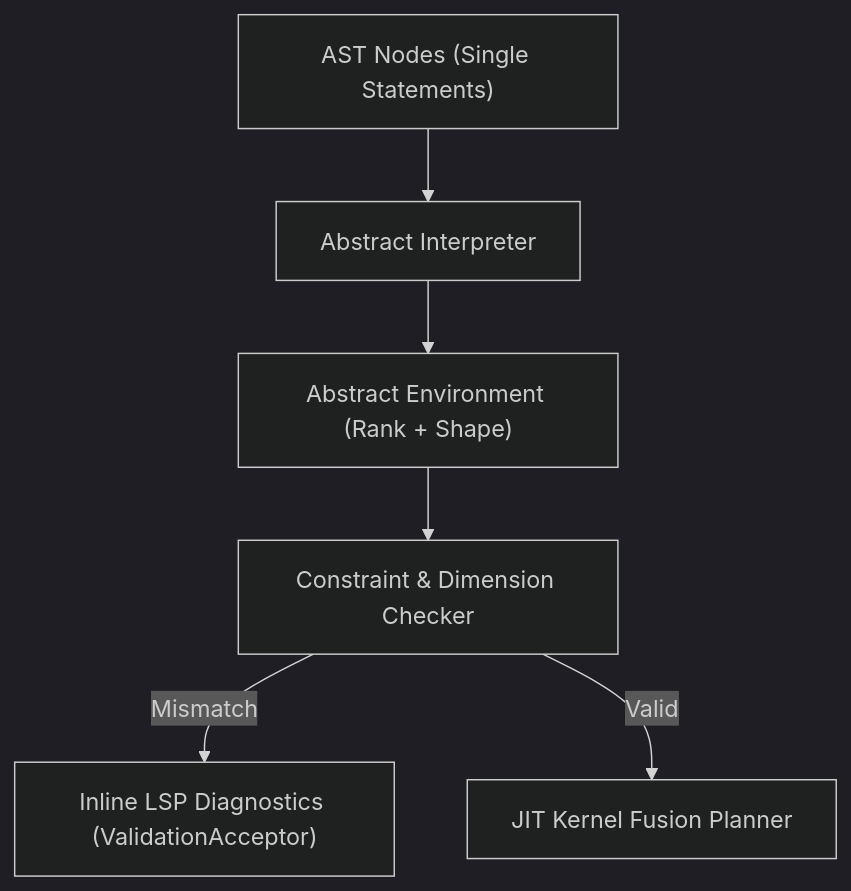
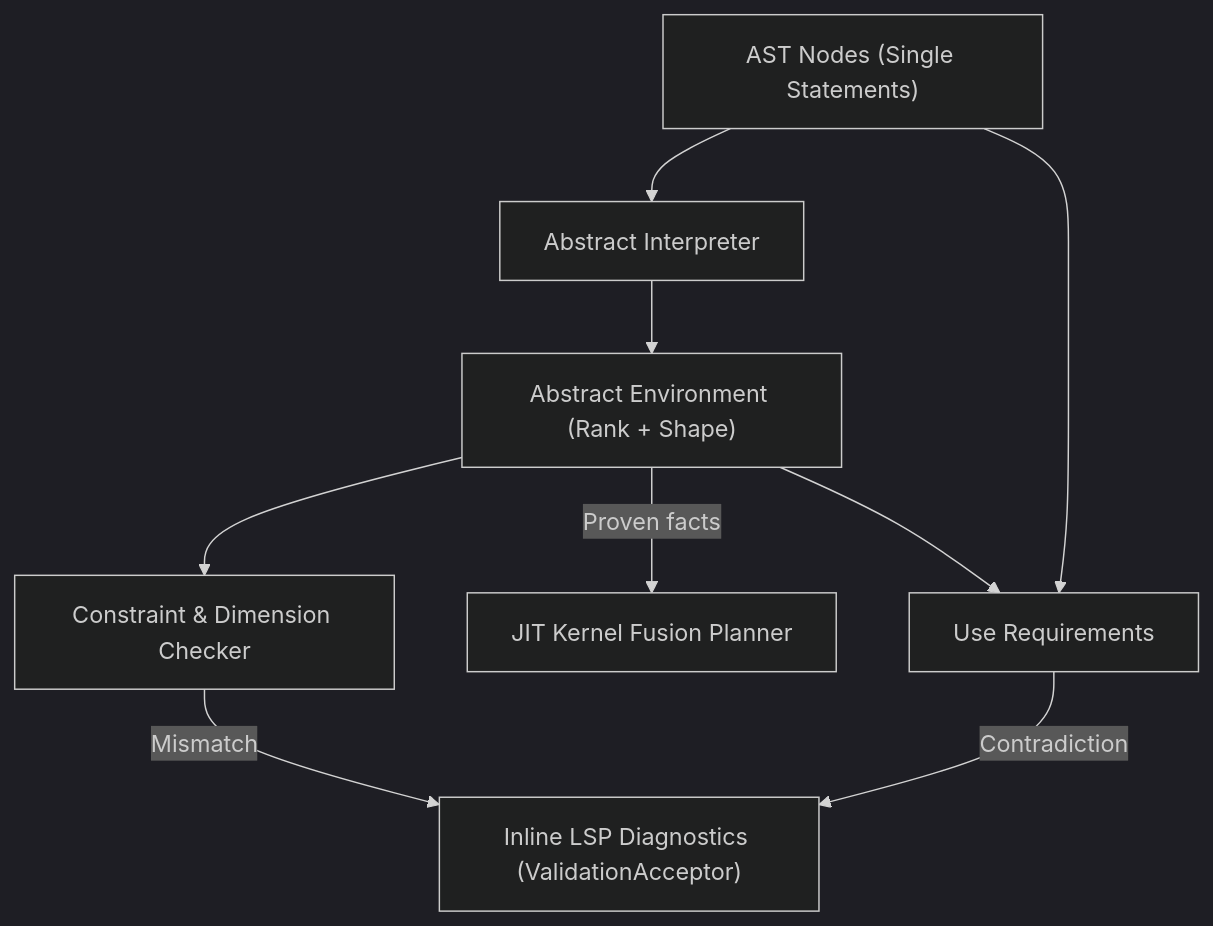
The diagram in docs/adr/implementation/0002-abstract-interpretation-and-symbolic-shape-inference.md (kmmbvnr/rank), drawn with Mermaid (dark theme) before and after one commit. The commit also changed other lines of this file and 20 other files, not shown here.

````diff
--- a/docs/adr/implementation/0002-abstract-interpretation-and-symbolic-shape-inference.md
+++ b/docs/adr/implementation/0002-abstract-interpretation-and-symbolic-shape-inference.md
@@ -25,8 +25,11 @@
 ```mermaid
 flowchart TD
     AST["AST Nodes (Single Statements)"] --> AbstractEval["Abstract Interpreter"]
     AbstractEval --> AbstractEnv["Abstract Environment (Rank + Shape)"]
     AbstractEnv --> Checker["Constraint & Dimension Checker"]
     Checker -->|Mismatch| Diagnostics["Inline LSP Diagnostics (ValidationAcceptor)"]
-    Checker -->|Valid| KernelPlanner["JIT Kernel Fusion Planner"]
+    AbstractEnv -->|Proven facts| KernelPlanner["JIT Kernel Fusion Planner"]
+    AST --> Requirements["Use Requirements"]
+    AbstractEnv --> Requirements
+    Requirements -->|Contradiction| Diagnostics
 ```
````
